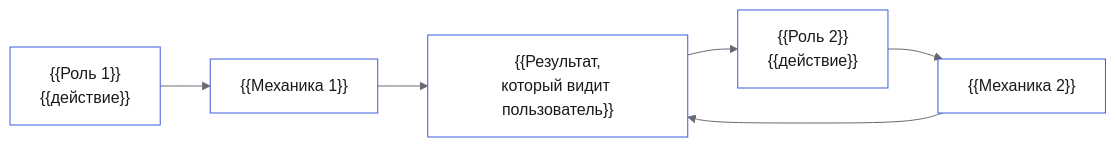
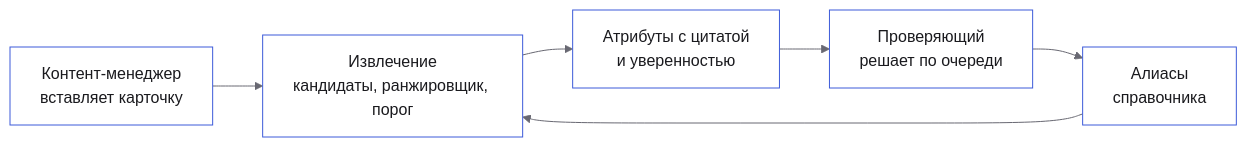
Before and after one commit to GoatWhistle/mvideo: the first of 3 diagrams in docs/architecture.md, drawn with Mermaid. The commit also changed other lines of this file and 3 other files, not shown here.

Commit message:
docs: describe architecture, dependencies and glossary

````diff
--- a/docs/architecture.md
+++ b/docs/architecture.md
@@ -15,9 +17,9 @@
 ```mermaid
 %%{init: {"theme":"base","themeVariables":{"primaryColor":"#ffffff","primaryTextColor":"#1a1a1e","primaryBorderColor":"#3d5bd9","secondaryColor":"#ececee","tertiaryColor":"#f6f6f7","lineColor":"#686872","textColor":"#1a1a1e","noteBkgColor":"#ececee","noteTextColor":"#54545c","actorBkg":"#ffffff","actorBorder":"#3d5bd9","fontFamily":"Inter Variable"}}}%%
 flowchart LR
-    U1["{{Роль 1}}<br/>{{действие}}"] --> M1["{{Механика 1}}"]
-    U2["{{Роль 2}}<br/>{{действие}}"] --> M2["{{Механика 2}}"]
-    M1 --> R["{{Результат,<br/>который видит пользователь}}"]
-    M2 --> R
+    U1["Контент-менеджер<br/>вставляет карточку"] --> M1["Извлечение<br/>кандидаты, ранжировщик, порог"]
+    U2["Проверяющий<br/>решает по очереди"] --> M2["Алиасы<br/>справочника"]
+    M1 --> R["Атрибуты с цитатой<br/>и уверенностью"]
+    M2 --> M1
     R --> U2
 ```
````
